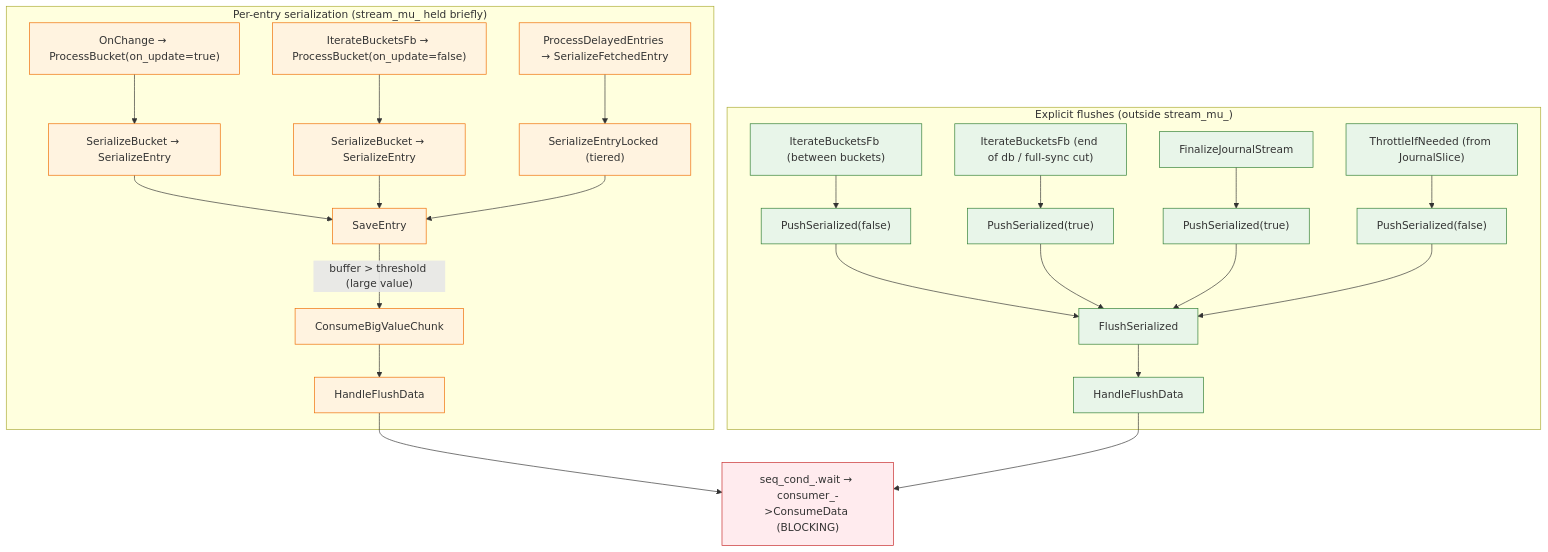
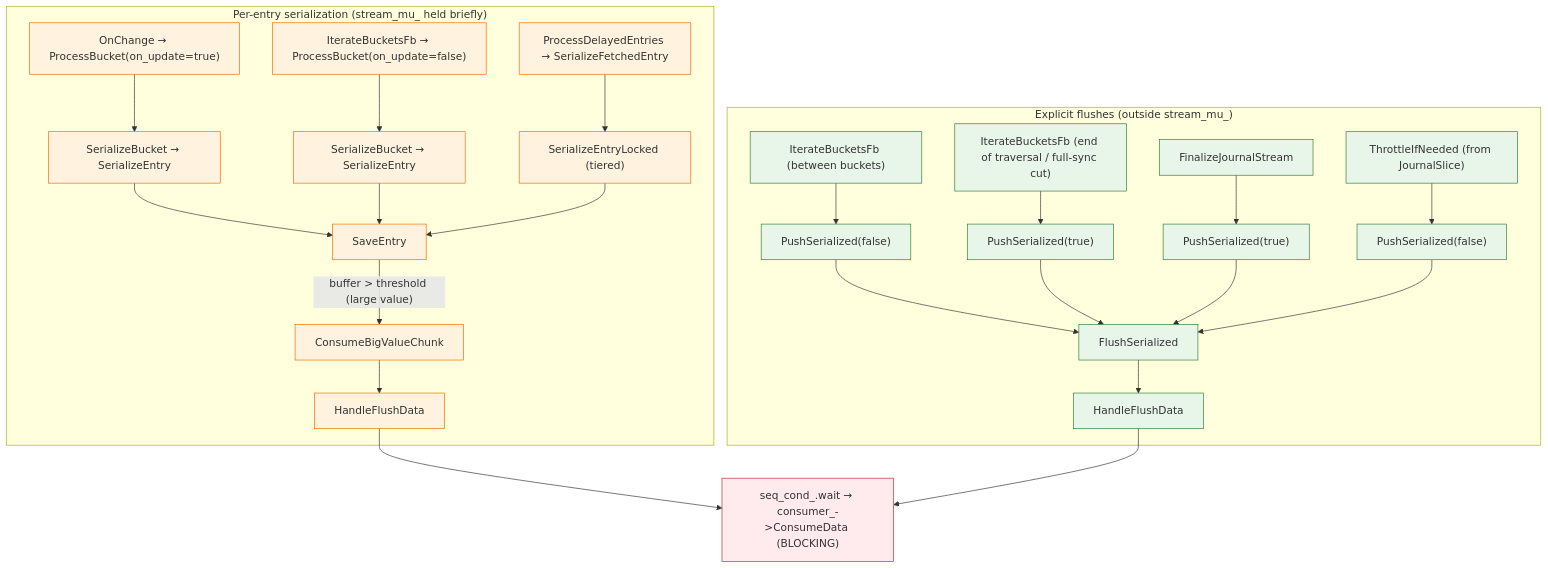
One commit to dragonflydb/dragonfly changed the second of 2 diagrams in docs/shard-serialization.md. Above: the diagram before and after it, drawn with Mermaid. The commit also changed other lines of this file and 4 other files, not shown here.

````diff
--- a/docs/shard-serialization.md
+++ b/docs/shard-serialization.md
@@ -518,35 +536,35 @@
 ```mermaid
 flowchart TD
   subgraph PERENTRY["Per-entry serialization (stream_mu_ held briefly)"]
     A1["OnChange → ProcessBucket(on_update=true)"] --> SBL1["SerializeBucket → SerializeEntry"]
     A2["IterateBucketsFb → ProcessBucket(on_update=false)"] --> SBL2["SerializeBucket → SerializeEntry"]
     A3["ProcessDelayedEntries → SerializeFetchedEntry"] --> SBL3["SerializeEntryLocked (tiered)"]
     SBL1 --> SE["SaveEntry"]
     SBL2 --> SE
     SBL3 --> SE
     SE -->|"buffer > threshold (large value)"| CBC["ConsumeBigValueChunk"]
     CBC --> HFD1[HandleFlushData]
   end
 
   subgraph EXPLICIT["Explicit flushes (outside stream_mu_)"]
     B1["IterateBucketsFb (between buckets)"] --> PS1["PushSerialized(false)"]
-    B2["IterateBucketsFb (end of db / full-sync cut)"] --> PS2["PushSerialized(true)"]
+    B2["IterateBucketsFb (end of traversal / full-sync cut)"] --> PS2["PushSerialized(true)"]
     B3["FinalizeJournalStream"] --> PS3["PushSerialized(true)"]
     B4["ThrottleIfNeeded (from JournalSlice)"] --> PS4["PushSerialized(false)"]
     PS1 --> FS[FlushSerialized]
     PS2 --> FS
     PS3 --> FS
     PS4 --> FS
     FS --> HFD2[HandleFlushData]
   end
 
   HFD1 --> BLOCK["seq_cond_.wait → consumer_->ConsumeData (BLOCKING)"]
   HFD2 --> BLOCK
 
   classDef perentry fill:#FFF3E0,stroke:#EF6C00;
   classDef explicit fill:#E8F5E9,stroke:#2E7D32;
   classDef block fill:#FFEBEE,stroke:#C62828;
   class A1,A2,A3,SBL1,SBL2,SBL3,SE,CBC,HFD1 perentry;
   class B1,B2,B3,B4,PS1,PS2,PS3,PS4,FS,HFD2 explicit;
   class BLOCK block;
 ```
````
